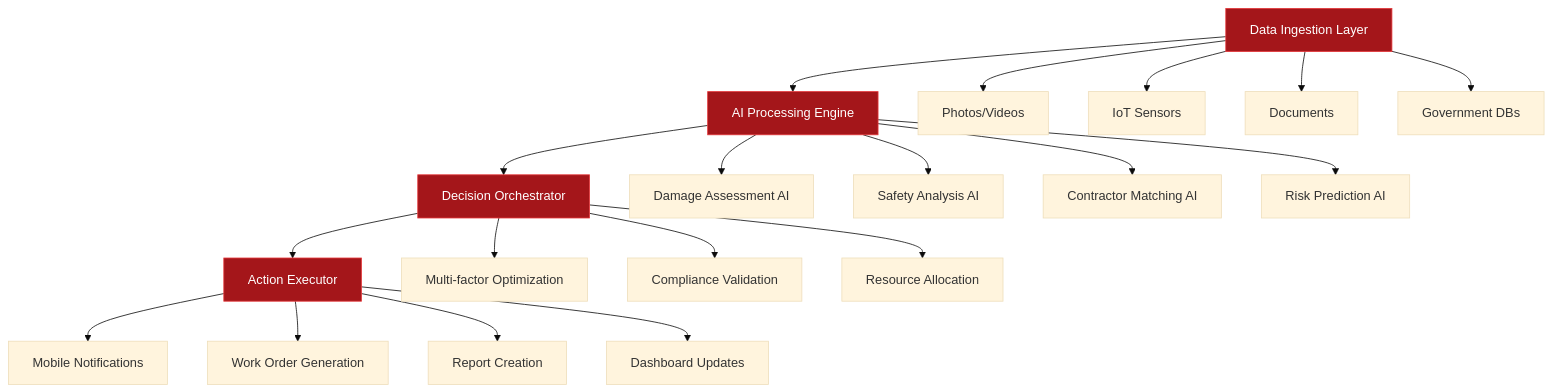
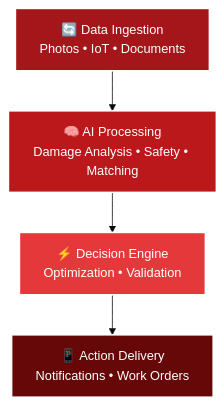
The first of 5 diagrams in assigner-deck/slides.md (mishaal79/assigner-deck), drawn with Mermaid (base theme) before and after one commit. The commit also changed other lines of this file and 2 other files, not shown here.

First line of the commit message:
Add validation system and enhance slide content

````diff
--- a/assigner-deck/slides.md
+++ b/assigner-deck/slides.md
@@ -331,30 +310,11 @@
 ```mermaid
 flowchart TD
-    A[Data Ingestion Layer] --> B[AI Processing Engine]
-    B --> C[Decision Orchestrator]
-    C --> D[Action Executor]
+    A["🔄 Data Ingestion<br/>Photos • IoT • Documents"] --> B["🧠 AI Processing<br/>Damage Analysis • Safety • Matching"]
+    B --> C["⚡ Decision Engine<br/>Optimization • Validation"]
+    C --> D["📱 Action Delivery<br/>Notifications • Work Orders"]
 
-    A --> A1[Photos/Videos]
-    A --> A2[IoT Sensors]
-    A --> A3[Documents]
-    A --> A4[Government DBs]
-
-    B --> B1[Damage Assessment AI]
-    B --> B2[Safety Analysis AI]
-    B --> B3[Contractor Matching AI]
-    B --> B4[Risk Prediction AI]
-
-    C --> C1[Multi-factor Optimization]
-    C --> C2[Compliance Validation]
-    C --> C3[Resource Allocation]
-
-    D --> D1[Mobile Notifications]
-    D --> D2[Work Order Generation]
-    D --> D3[Report Creation]
-    D --> D4[Dashboard Updates]
-
-    style A fill:#A4161A,stroke:#E5383B,color:#FFFFFF
-    style B fill:#A4161A,stroke:#E5383B,color:#FFFFFF
-    style C fill:#A4161A,stroke:#E5383B,color:#FFFFFF
-    style D fill:#A4161A,stroke:#E5383B,color:#FFFFFF
+    style A fill:#A4161A,stroke:#FFFFFF,stroke-width:2px,color:#FFFFFF
+    style B fill:#BA181B,stroke:#FFFFFF,stroke-width:2px,color:#FFFFFF
+    style C fill:#E5383B,stroke:#FFFFFF,stroke-width:2px,color:#FFFFFF
+    style D fill:#660708,stroke:#FFFFFF,stroke-width:2px,color:#FFFFFF
 ```
````
